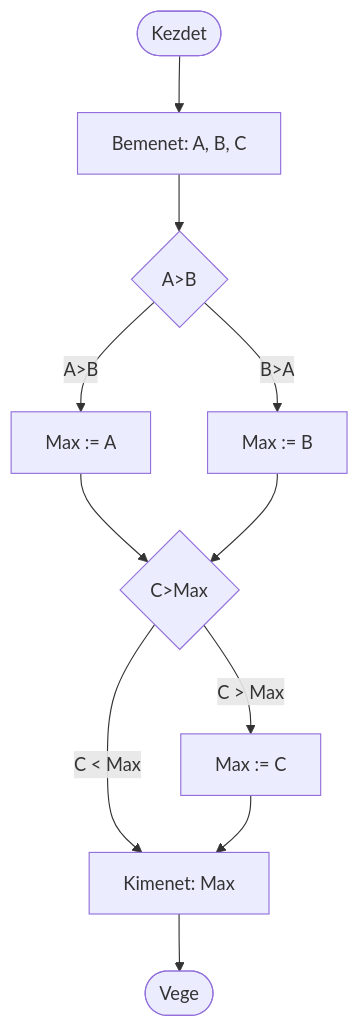
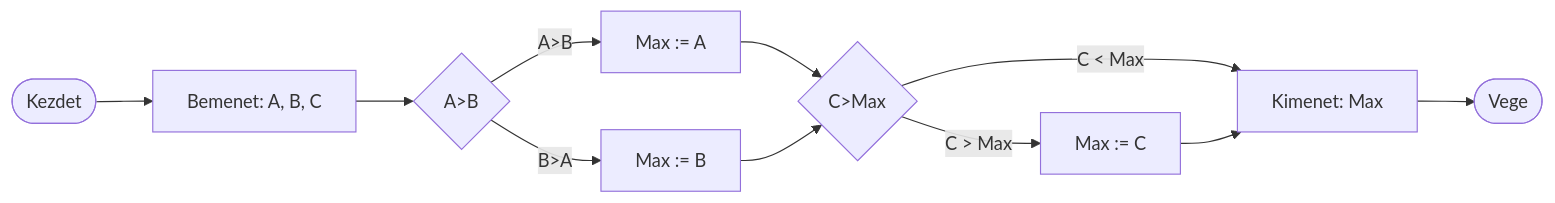
The second of 2 diagrams in Lessons/01_Algorithms_hu.md (SpsKnSK/api), drawn with Mermaid before and after one commit. The commit also changed 1 other file, not shown here.

Commit message:
Chart TB -> LR

````diff
--- a/Lessons/01_Algorithms_hu.md
+++ b/Lessons/01_Algorithms_hu.md
@@ -52,23 +52,23 @@
 ```mermaid
-flowchart TB
+flowchart LR
 	Kezdet([Kezdet])
     Bemenet[Bemenet: A, B, C]
     If1{A>B}
     MaxB[Max := B]
     MaxA[Max := A]
     If2{C>Max}
     Vege([Vege]) 
     MaxC[Max := C]
     Kimenet[Kimenet: Max]
 
     Kezdet --> Bemenet
     Bemenet --> If1
     If1 -- B>A --> MaxB
     If1 -- A>B --> MaxA
     MaxA --> If2
     MaxB --> If2
     If2 -- C < Max --> Kimenet
     If2 -- C > Max --> MaxC
     MaxC --> Kimenet
     Kimenet --> Vege
 ```
````
